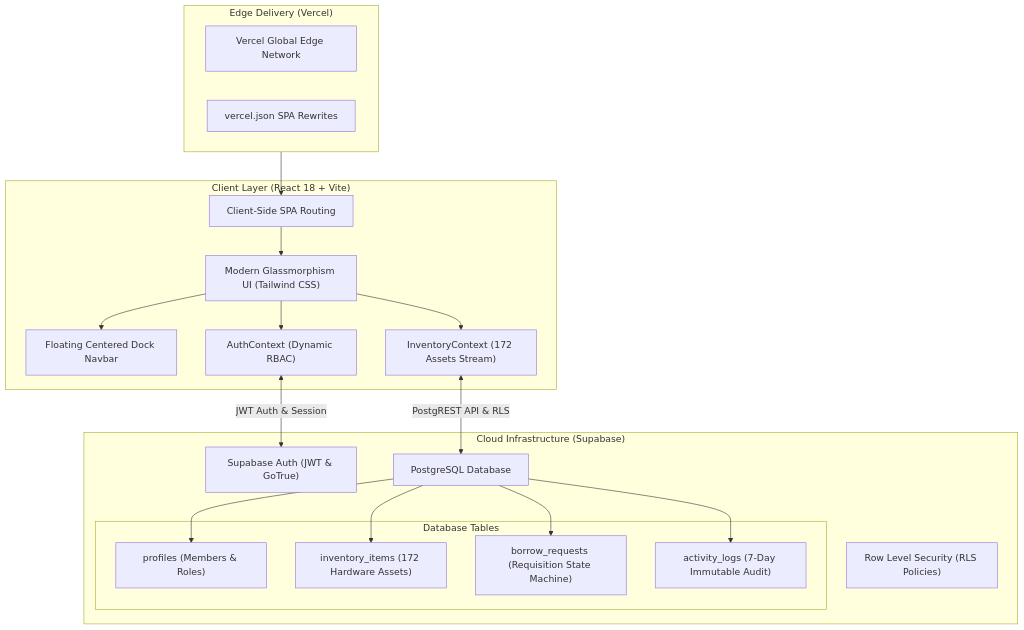
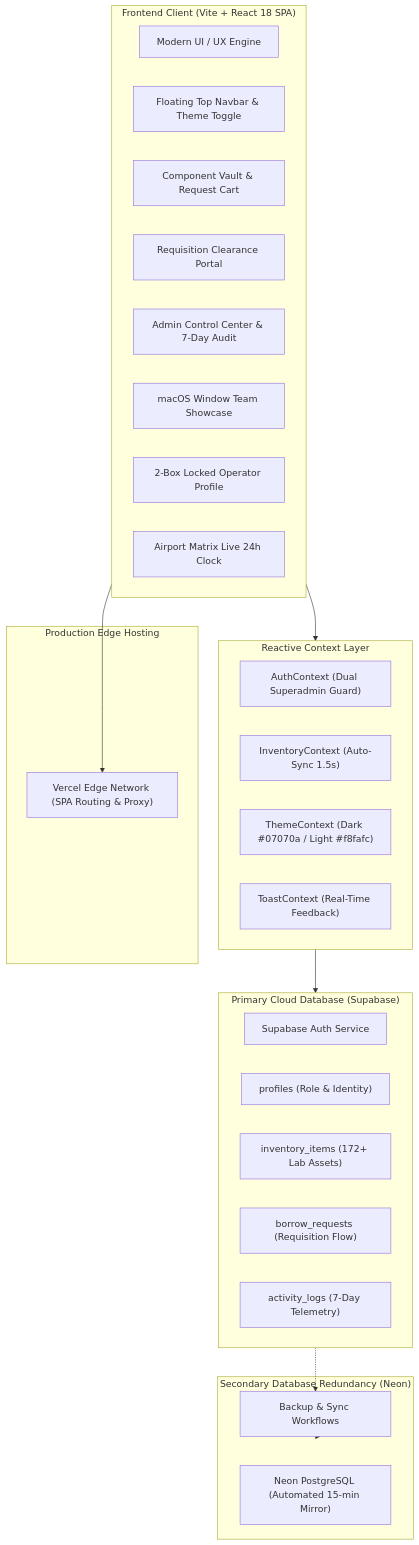
Before and after one commit to simplyvardaan/cicr_inventory_: the diagram in README.md, drawn with Mermaid. The commit also changed other lines of this file and 11 other files, not shown here.

````diff
--- a/README.md
+++ b/README.md
@@ -17,42 +75,42 @@
 ```mermaid
 flowchart TD
-    subgraph Client ["Client Layer (React 18 + Vite)"]
-        UI["Modern Glassmorphism UI (Tailwind CSS)"]
-        Dock["Floating Centered Dock Navbar"]
-        AuthCtx["AuthContext (Dynamic RBAC)"]
-        InvCtx["InventoryContext (172 Assets Stream)"]
-        Router["Client-Side SPA Routing"]
+    subgraph Client["Frontend Client (Vite + React 18 SPA)"]
+        UI["Modern UI / UX Engine"]
+        TopNav["Floating Top Navbar & Theme Toggle"]
+        Vault["Component Vault & Request Cart"]
+        Clearance["Requisition Clearance Portal"]
+        AdminHub["Admin Control Center & 7-Day Audit"]
+        TeamShowcase["macOS Window Team Showcase"]
+        Profile["2-Box Locked Operator Profile"]
+        ClockHUD["Airport Matrix Live 24h Clock"]
     end
 
-    subgraph CDN ["Edge Delivery (Vercel)"]
-        VercelCDN["Vercel Global Edge Network"]
-        Rewrites["vercel.json SPA Rewrites"]
+    subgraph State["Reactive Context Layer"]
+        AuthCtx["AuthContext (Dual Superadmin Guard)"]
+        InvCtx["InventoryContext (Auto-Sync 1.5s)"]
+        ThemeCtx["ThemeContext (Dark #07070a / Light #f8fafc)"]
+        ToastCtx["ToastContext (Real-Time Feedback)"]
     end
 
-    subgraph Backend ["Cloud Infrastructure (Supabase)"]
-        SupaAuth["Supabase Auth (JWT & GoTrue)"]
-        Postgres["PostgreSQL Database"]
-        RLS["Row Level Security (RLS Policies)"]
-        
-        subgraph Tables ["Database Tables"]
-            T_Profiles["profiles (Members & Roles)"]
-            T_Items["inventory_items (172 Hardware Assets)"]
-            T_Requests["borrow_requests (Requisition State Machine)"]
-            T_Logs["activity_logs (7-Day Immutable Audit)"]
-        end
+    subgraph Cloud["Primary Cloud Database (Supabase)"]
+        AuthService["Supabase Auth Service"]
+        ProfilesTable["profiles (Role & Identity)"]
+        InventoryTable["inventory_items (172+ Lab Assets)"]
+        BorrowTable["borrow_requests (Requisition Flow)"]
+        LogsTable["activity_logs (7-Day Telemetry)"]
     end
 
-    UI --> Dock
-    UI --> AuthCtx
-    UI --> InvCtx
-    CDN --> Router
-    Router --> UI
+    subgraph Secondary["Secondary Database Redundancy (Neon)"]
+        NeonDB["Neon PostgreSQL (Automated 15-min Mirror)"]
+        BackupScripts["Backup & Sync Workflows"]
+    end
 
-    AuthCtx <-->|"JWT Auth & Session"| SupaAuth
-    InvCtx <-->|"PostgREST API & RLS"| Postgres
-    
-    Postgres --> T_Profiles
-    Postgres --> T_Items
-    Postgres --> T_Requests
-    Postgres --> T_Logs
+    subgraph CDN["Production Edge Hosting"]
+        Vercel["Vercel Edge Network (SPA Routing & Proxy)"]
+    end
+
+    Client --> State
+    State --> Cloud
+    Cloud -.-> BackupScripts -.-> Secondary
+    Client --> Vercel
 ```
````
